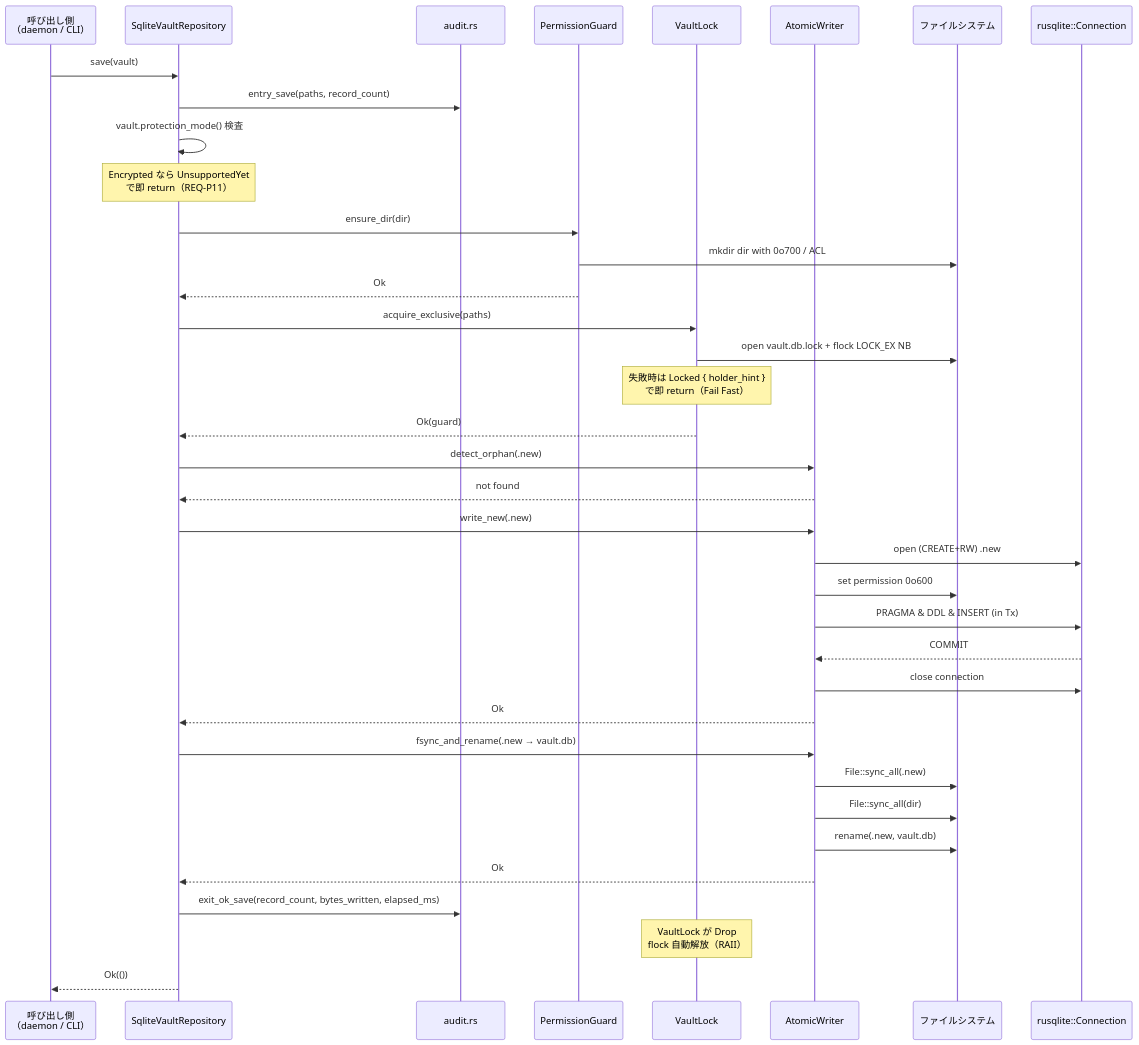
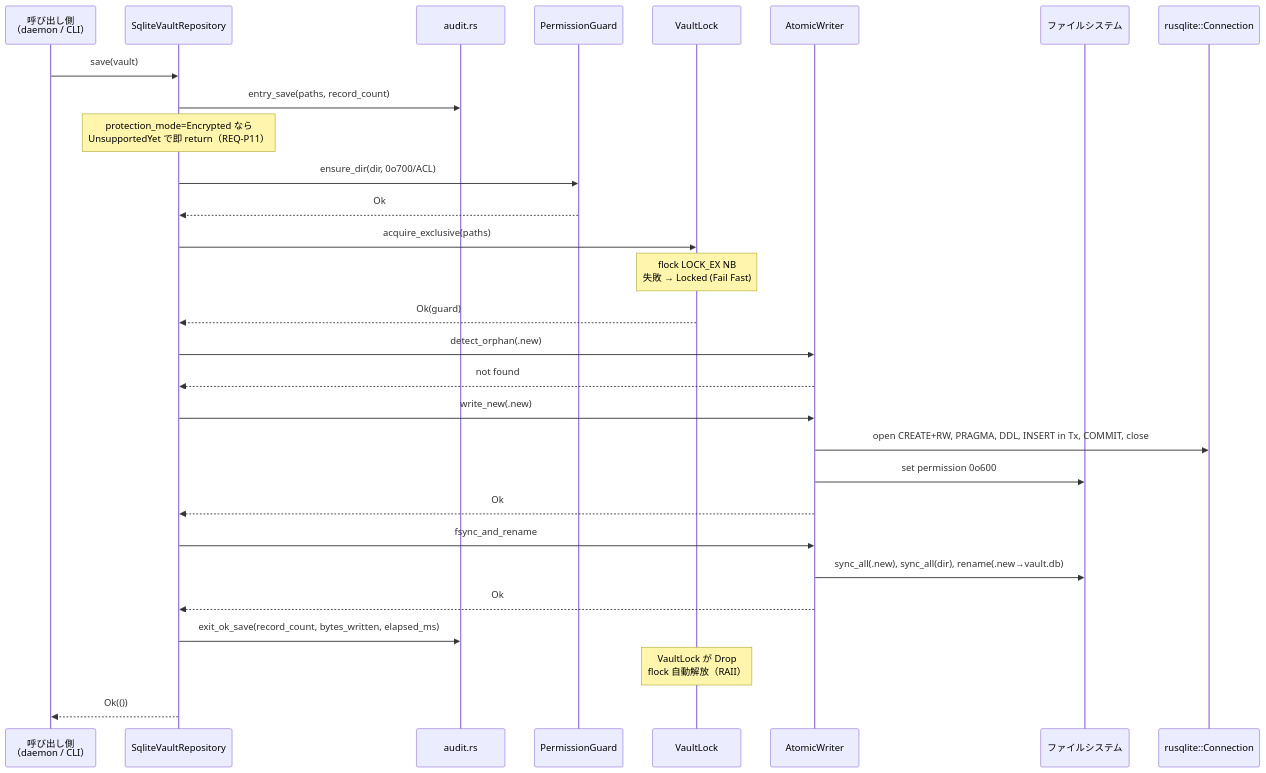
The second of 5 diagrams in docs/features/vault-persistence/basic-design.md (shikomi-dev/shikomi), drawn with Mermaid before and after one commit. The commit also changed other lines of this file and 2 other files, not shown here.

First line of the commit message:
docs(vault-persistence): レビュー第3ラウンド指摘を全点反映 (#10)

````diff
--- a/docs/features/vault-persistence/basic-design.md
+++ b/docs/features/vault-persistence/basic-design.md
@@ -233,40 +242,32 @@
 ```mermaid
 sequenceDiagram
     participant Caller as 呼び出し側<br/>（daemon / CLI）
     participant Repo as SqliteVaultRepository
     participant Audit as audit.rs
     participant Perm as PermissionGuard
     participant Lock as VaultLock
     participant Atomic as AtomicWriter
     participant FS as ファイルシステム
     participant SQL as rusqlite::Connection
 
     Caller->>Repo: save(vault)
     Repo->>Audit: entry_save(paths, record_count)
-    Repo->>Repo: vault.protection_mode() 検査
-    Note over Repo: Encrypted なら UnsupportedYet<br/>で即 return（REQ-P11）
-    Repo->>Perm: ensure_dir(dir)
-    Perm->>FS: mkdir dir with 0o700 / ACL
+    Note over Repo: protection_mode=Encrypted なら<br/>UnsupportedYet で即 return（REQ-P11）
+    Repo->>Perm: ensure_dir(dir, 0o700/ACL)
     Perm-->>Repo: Ok
     Repo->>Lock: acquire_exclusive(paths)
-    Lock->>FS: open vault.db.lock + flock LOCK_EX NB
-    Note over Lock: 失敗時は Locked { holder_hint }<br/>で即 return（Fail Fast）
+    Note over Lock: flock LOCK_EX NB<br/>失敗 → Locked (Fail Fast)
     Lock-->>Repo: Ok(guard)
     Repo->>Atomic: detect_orphan(.new)
     Atomic-->>Repo: not found
     Repo->>Atomic: write_new(.new)
-    Atomic->>SQL: open (CREATE+RW) .new
+    Atomic->>SQL: open CREATE+RW, PRAGMA, DDL, INSERT in Tx, COMMIT, close
     Atomic->>FS: set permission 0o600
-    Atomic->>SQL: PRAGMA & DDL & INSERT (in Tx)
-    SQL-->>Atomic: COMMIT
-    Atomic->>SQL: close connection
     Atomic-->>Repo: Ok
-    Repo->>Atomic: fsync_and_rename(.new → vault.db)
-    Atomic->>FS: File::sync_all(.new)
-    Atomic->>FS: File::sync_all(dir)
-    Atomic->>FS: rename(.new, vault.db)
+    Repo->>Atomic: fsync_and_rename
+    Atomic->>FS: sync_all(.new), sync_all(dir), rename(.new→vault.db)
     Atomic-->>Repo: Ok
     Repo->>Audit: exit_ok_save(record_count, bytes_written, elapsed_ms)
     Note over Lock: VaultLock が Drop<br/>flock 自動解放（RAII）
     Repo-->>Caller: Ok(())
 ```
````
